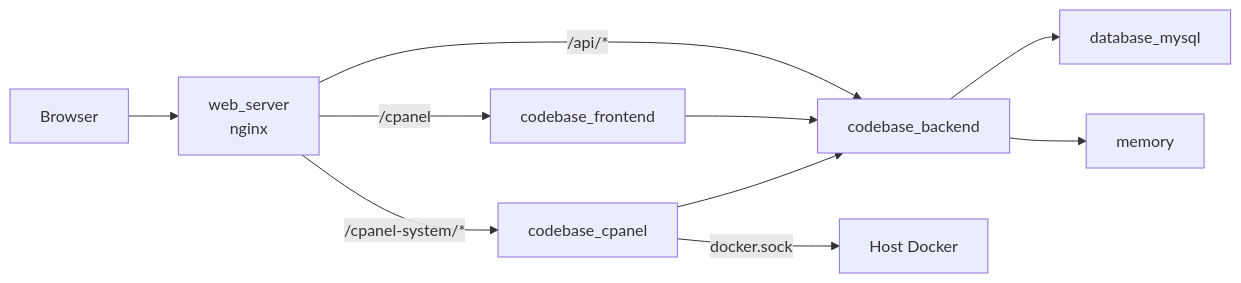
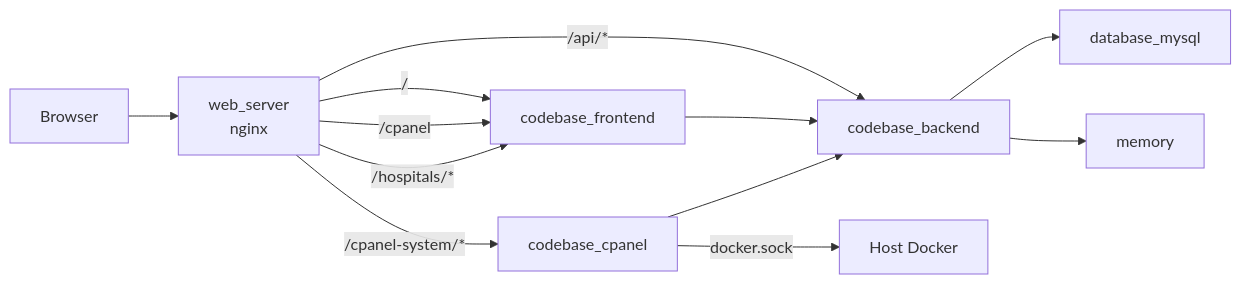
The second of 5 diagrams in README (technical).md (itlamkprs/speak-hospital-documentation), drawn with Mermaid before and after one commit. The commit also changed other lines of this file and 1 other file, not shown here.

````diff
--- a/README (technical).md
+++ b/README (technical).md
@@ -274,12 +279,14 @@
 ```mermaid
 flowchart LR
   B["Browser"] --> N["web_server\nnginx"]
-  N -->|"/cpanel"| FE["codebase_frontend"]
+  N -->|"/"| FE["codebase_frontend"]
+  N -->|"/cpanel"| FE
+  N -->|"/hospitals/*"| FE
   N -->|"/api/*"| BE["codebase_backend"]
   N -->|"/cpanel-system/*"| CP["codebase_cpanel"]
   FE --> BE
   CP --> BE
   BE --> DB["database_mysql"]
   BE --> MEM["memory"]
   CP -->|docker.sock| DH["Host Docker"]
 ```
````
